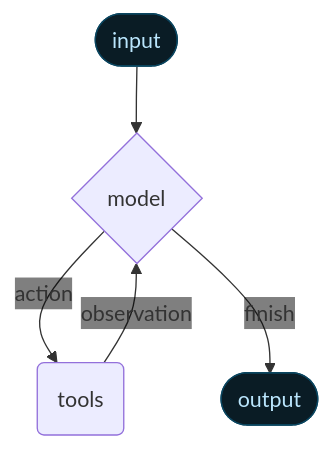
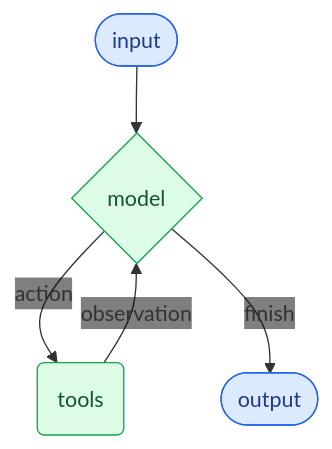
One commit to hyunhee-jo/docs changed the diagram in build/oss/javascript/langchain/agents.mdx. Above: the diagram before and after it, drawn with Mermaid. The commit also changed other lines of this file and 2574 other files, not shown here.

````diff
--- a/build/oss/javascript/langchain/agents.mdx
+++ b/build/oss/javascript/langchain/agents.mdx
@@ -14,28 +14,30 @@
 ```mermaid
 %%{
   init: {
     "fontFamily": "monospace",
     "flowchart": {
       "curve": "curve"
     },
     "themeVariables": {"edgeLabelBackground": "transparent"}
   }
 }%%
 graph TD
   %% Outside the agent
   QUERY([input])
   LLM{model}
   TOOL(tools)
   ANSWER([output])
 
   %% Main flows (no inline labels)
   QUERY --> LLM
   LLM --"action"--> TOOL
   TOOL --"observation"--> LLM
   LLM --"finish"--> ANSWER
 
-  classDef blueHighlight fill:#0a1c25,stroke:#0a455f,color:#bae6fd;
-  classDef greenHighlight fill:#0b1e1a,stroke:#0c4c39,color:#9ce4c4;
+  classDef blueHighlight fill:#DBEAFE,stroke:#2563EB,color:#1E3A8A;
+  classDef greenHighlight fill:#DCFCE7,stroke:#16A34A,color:#14532D;
   class QUERY blueHighlight;
   class ANSWER blueHighlight;
+  class LLM greenHighlight;
+  class TOOL greenHighlight;
 ```
````
